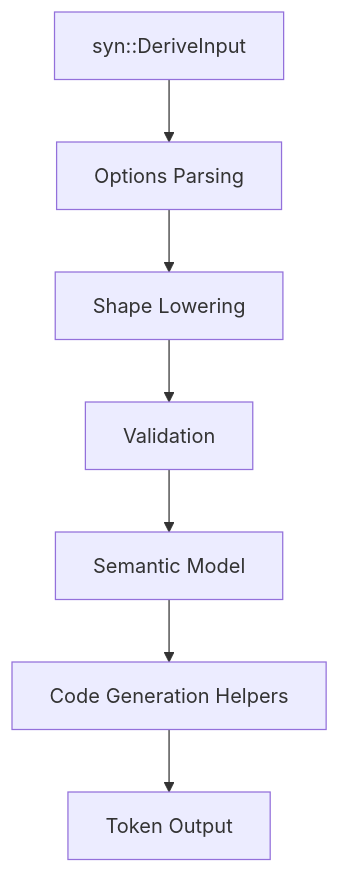
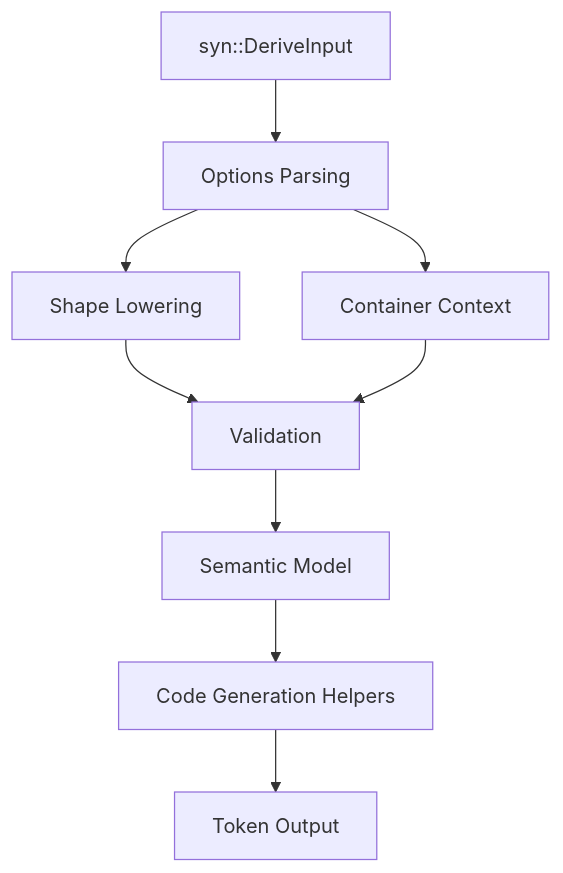
The diagram in crates/es-fluent-derive-core/docs/ARCHITECTURE.md (stayhydated/es-fluent), drawn with Mermaid before and after one commit. The commit also changed other lines of this file and 48 other files, not shown here.

````diff
--- a/crates/es-fluent-derive-core/docs/ARCHITECTURE.md
+++ b/crates/es-fluent-derive-core/docs/ARCHITECTURE.md
@@ -19,9 +23,11 @@
 ```mermaid
 flowchart TD
     AST[syn::DeriveInput] --> OPTS[Options Parsing]
+    OPTS --> CTX[Container Context]
     OPTS --> LOW[Shape Lowering]
     LOW --> VAL[Validation]
+    CTX --> VAL
     VAL --> SEM[Semantic Model]
     SEM --> GEN[Code Generation Helpers]
     GEN --> OUT[Token Output]
 ```
````
